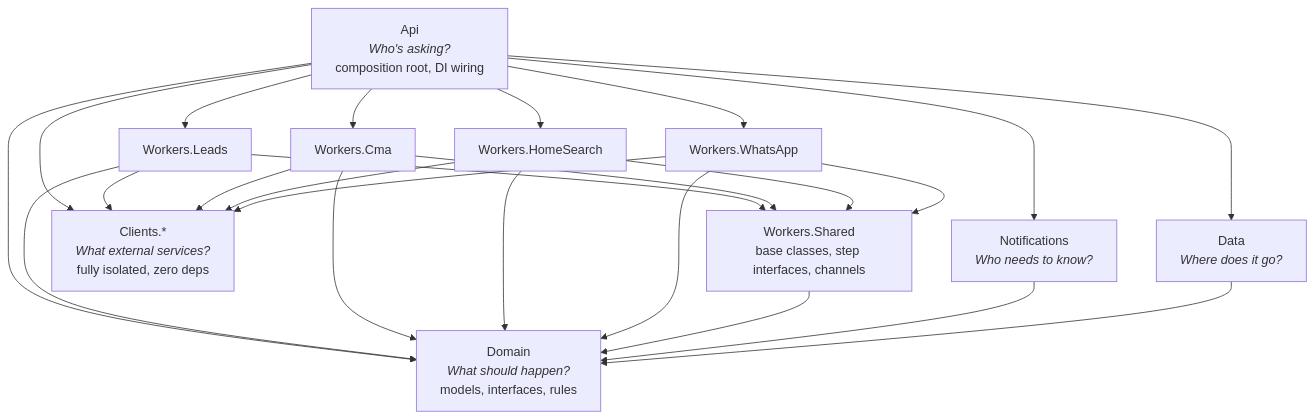
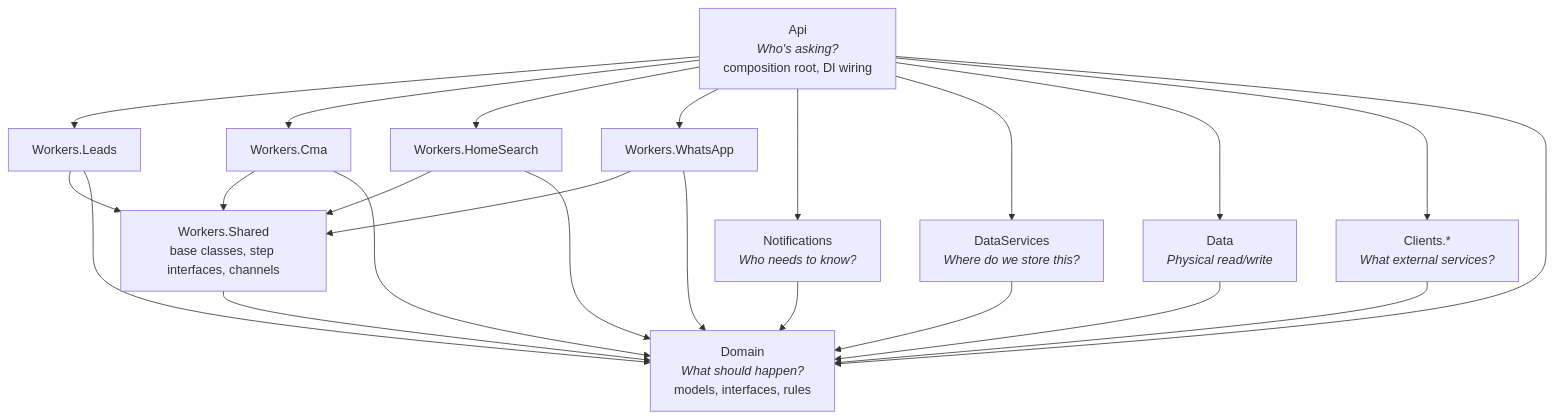
The diagram in docs/superpowers/specs/2026-03-21-api-project-restructure-design.md (edward-rosado/jenisesells-website), drawn with Mermaid before and after one commit. The commit also changed other lines of this file, not shown here.

First line of the commit message:
docs: major spec revision — max isolation architecture

````diff
--- a/docs/superpowers/specs/2026-03-21-api-project-restructure-design.md
+++ b/docs/superpowers/specs/2026-03-21-api-project-restructure-design.md
@@ -38,32 +40,30 @@
 ```mermaid
 graph TD
     Api["Api<br/><i>Who's asking?</i><br/>composition root, DI wiring"]
 
     Api --> WLeads["Workers.Leads"]
     Api --> WCma["Workers.Cma"]
     Api --> WHome["Workers.HomeSearch"]
     Api --> WWA["Workers.WhatsApp"]
     Api --> Notif["Notifications<br/><i>Who needs to know?</i>"]
-    Api --> Data["Data<br/><i>Where does it go?</i>"]
-    Api --> Clients["Clients.*<br/><i>What external services?</i><br/>fully isolated, zero deps"]
+    Api --> DataSvc["DataServices<br/><i>Where do we store this?</i>"]
+    Api --> Data["Data<br/><i>Physical read/write</i>"]
+    Api --> Clients["Clients.*<br/><i>What external services?</i>"]
     Api --> Domain["Domain<br/><i>What should happen?</i><br/>models, interfaces, rules"]
 
     WLeads --> WShared["Workers.Shared<br/>base classes, step interfaces, channels"]
     WCma --> WShared
     WHome --> WShared
     WWA --> WShared
-
-    WLeads --> Clients
-    WCma --> Clients
-    WHome --> Clients
-    WWA --> Clients
 
     WLeads --> Domain
     WCma --> Domain
     WHome --> Domain
     WWA --> Domain
     WShared --> Domain
 
     Notif --> Domain
+    DataSvc --> Domain
     Data --> Domain
+    Clients --> Domain
 ```
````
